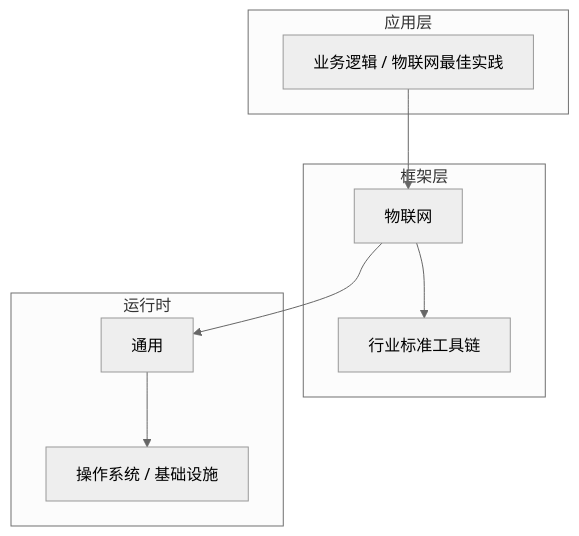
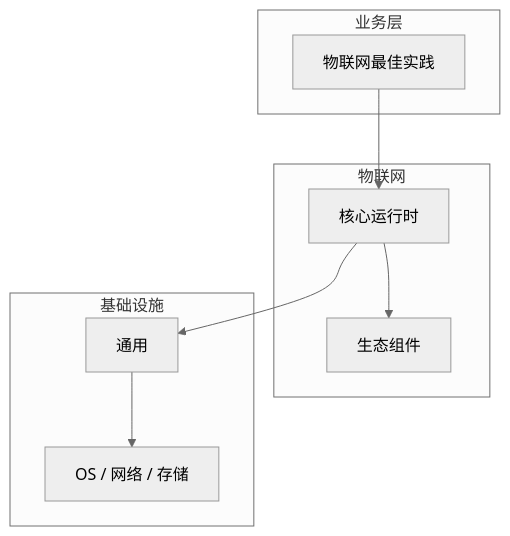
Before and after one commit to yanggan2015/knowledge-json-v2: the diagram in articles/物联网/chapters/056-物联网最佳实践核心概念与原理.md, drawn with Mermaid (neutral theme). The commit also changed other lines of this file and 10127 other files, not shown here.

````diff
--- a/articles/物联网/chapters/056-物联网最佳实践核心概念与原理.md
+++ b/articles/物联网/chapters/056-物联网最佳实践核心概念与原理.md
@@ -45,18 +34,18 @@
 ```mermaid
 graph TB
-    subgraph 应用层
-        A[业务逻辑 / 物联网最佳实践]
+    subgraph 业务层
+        A[物联网最佳实践]
     end
-    subgraph 框架层
-        B[物联网]
-        C[行业标准工具链]
+    subgraph 物联网
+        B[核心运行时]
+        C[生态组件]
     end
-    subgraph 运行时
+    subgraph 基础设施
         D[通用]
-        E[操作系统 / 基础设施]
+        E[OS / 网络 / 存储]
     end
     A --> B
     B --> C
     B --> D
     D --> E
 ```
````
